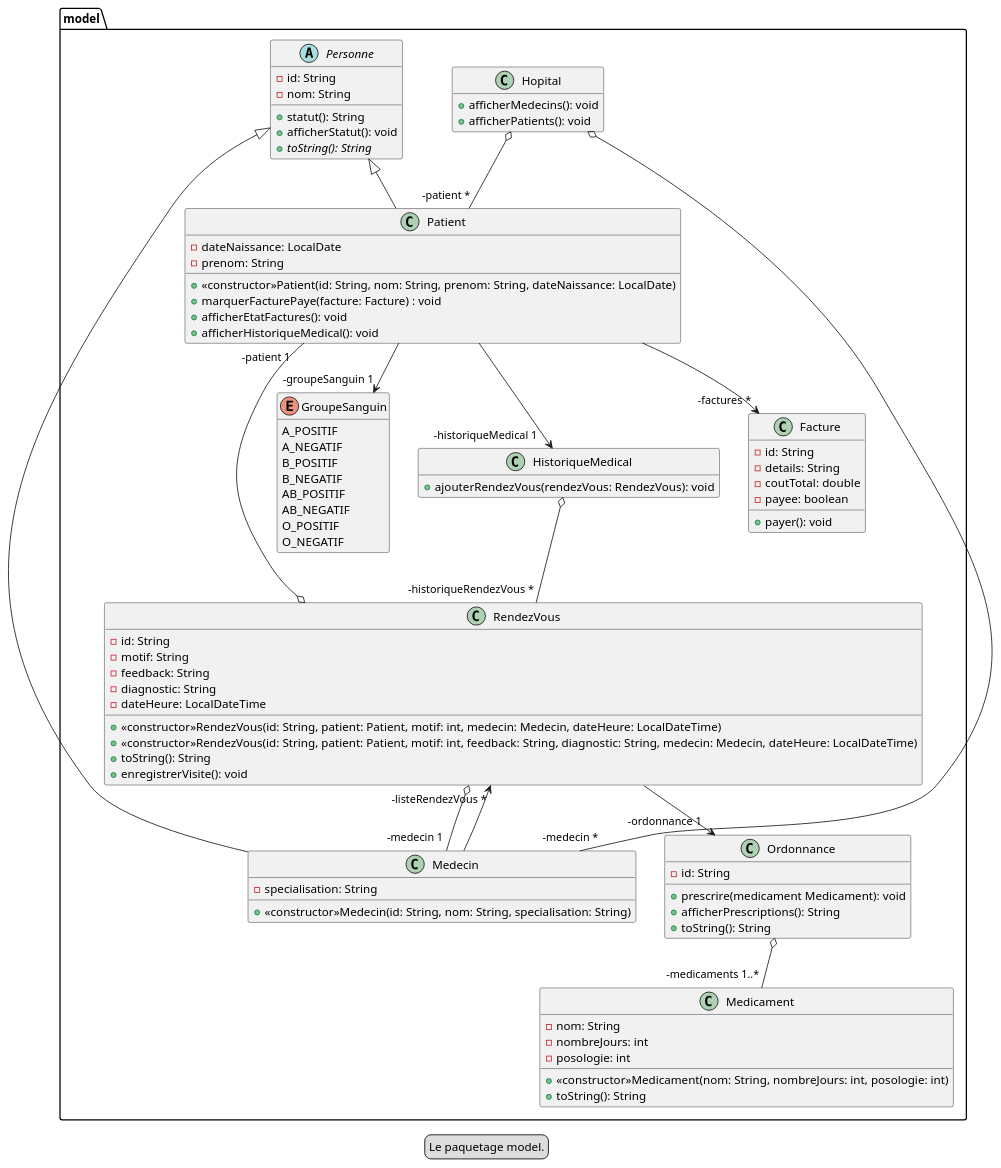
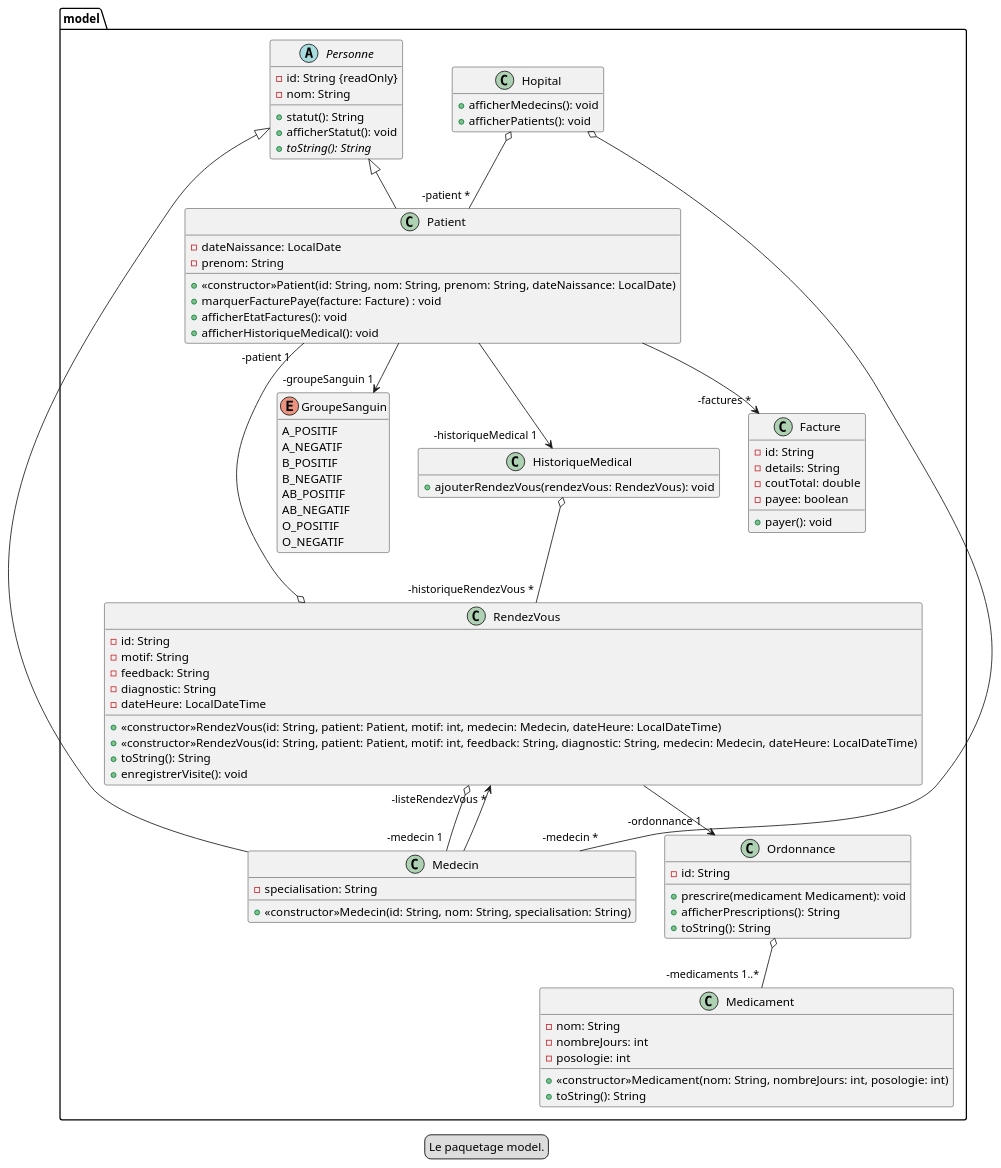
Before and after one commit to carlkolodziejski/hopital: the diagram in plantuml/diagrammeModele.puml, drawn with PlantUML.

Commit message:
Modification de la classe Personne

```diff
--- a/plantuml/diagrammeModele.puml
+++ b/plantuml/diagrammeModele.puml
@@ -1,112 +1,112 @@
 @startuml
 
 legend Le paquetage model.
 
 hide empty members
 
 package model {
 
     abstract class Personne {
-        -id: String
+        -id: String {readOnly}
         -nom: String
 
         +statut(): String
         +afficherStatut(): void
         +{abstract}toString(): String
     }
 
     class Patient extends Personne {
         -dateNaissance: LocalDate
         -prenom: String
 
         +<<constructor>>Patient(id: String, nom: String, prenom: String, dateNaissance: LocalDate)
         +marquerFacturePaye(facture: Facture) : void
         +afficherEtatFactures(): void
         +afficherHistoriqueMedical(): void
     }
 
 
     class Medecin extends Personne {
         -specialisation: String
 
         +<<constructor>>Medecin(id: String, nom: String, specialisation: String)
     }
 
     class RendezVous {
         -id: String
         -motif: String
         -feedback: String
         -diagnostic: String
         -dateHeure: LocalDateTime
 
         +<<constructor>>RendezVous(id: String, patient: Patient, motif: int, medecin: Medecin, dateHeure: LocalDateTime)
         +<<constructor>>RendezVous(id: String, patient: Patient, motif: int, feedback: String, diagnostic: String, medecin: Medecin, dateHeure: LocalDateTime)
         +toString(): String
         +enregistrerVisite(): void
     }
 
     class Ordonnance {
         -id: String
 
         +prescrire(medicament Medicament): void
         +afficherPrescriptions(): String
         +toString(): String
     }
 
     class Medicament {
         -nom: String
         -nombreJours: int
         -posologie: int
 
         +<<constructor>>Medicament(nom: String, nombreJours: int, posologie: int)
         +toString(): String
     }
 
     class Facture {
         -id: String
         -details: String
         -coutTotal: double
         -payee: boolean
 
         +payer(): void
     }
 
     class Hopital {
         +afficherMedecins(): void
         +afficherPatients(): void
     }
 
     class HistoriqueMedical {
         +ajouterRendezVous(rendezVous: RendezVous): void
     }
 
     enum GroupeSanguin {
         A_POSITIF
         A_NEGATIF
         B_POSITIF
         B_NEGATIF
         AB_POSITIF
         AB_NEGATIF
         O_POSITIF
         O_NEGATIF
     }
 
     Patient --> "-factures *" Facture
     Patient --> "-groupeSanguin 1" GroupeSanguin
     Patient --> "-historiqueMedical 1" HistoriqueMedical
 
     Medecin --> "-listeRendezVous *" RendezVous
 
     RendezVous o-- "-medecin 1" Medecin
     RendezVous o-- "-patient 1" Patient
     RendezVous --> "-ordonnance 1" Ordonnance
 
     Ordonnance o-- "-medicaments 1..*" Medicament
 
     Hopital o-- "-medecin *" Medecin
     Hopital o-- "-patient *" Patient
 
     HistoriqueMedical o-- "-historiqueRendezVous *" RendezVous
 }
 
 @enduml
```
